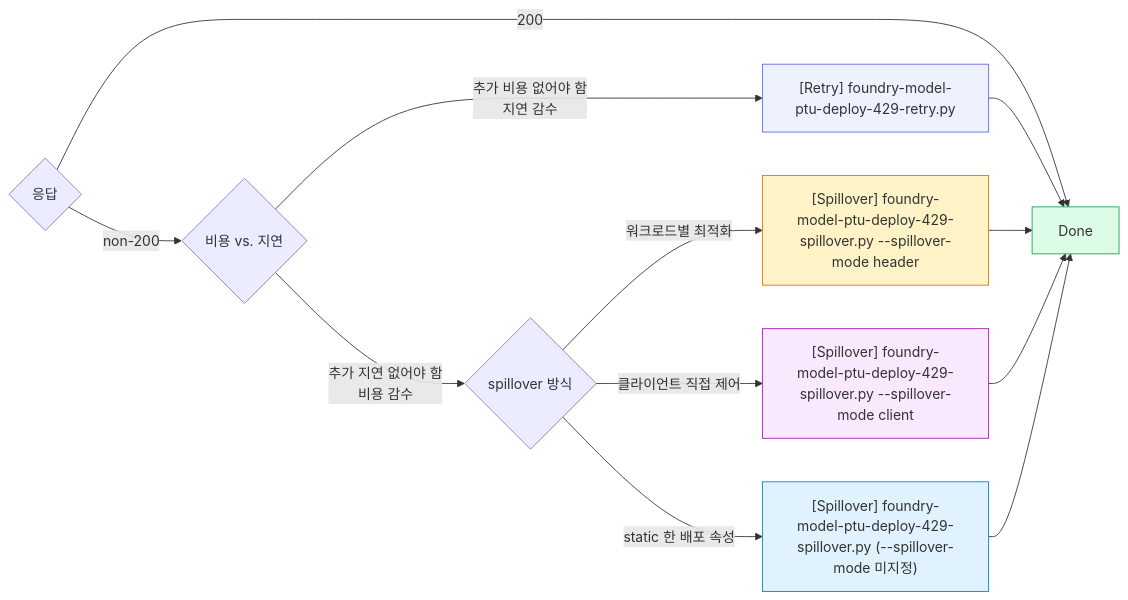
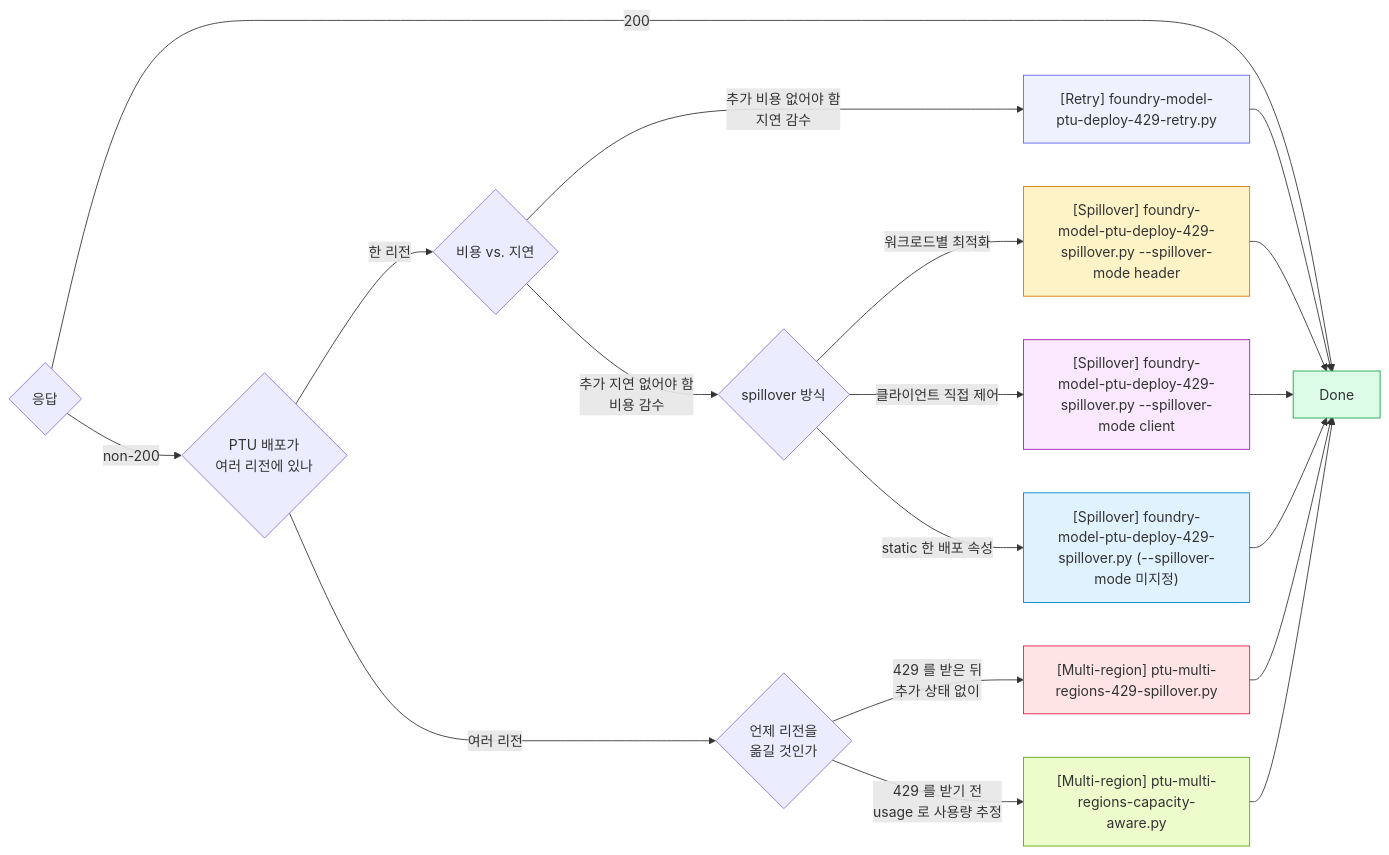
One commit to ivorycloud1013/lab-azure-guide-foundry-ptu changed the eighth of 8 diagrams in README.md. Above: the diagram before and after it, drawn with Mermaid. The commit also changed other lines of this file and 23 other files, not shown here.

First line of the commit message:
refactor: multi-region 을 experiments/route-strategies 로 옮기고 실행 기록을 남긴다

````diff
--- a/README.md
+++ b/README.md
@@ -436,24 +533,34 @@
 ```mermaid
 flowchart LR
     Code{"응답"}
     Code -->|"200"| Done["Done"]
-    Code -->|"non-200"| Trade{"비용 vs. 지연"}
+    Code -->|"non-200"| Where{"PTU 배포가<br/>여러 리전에 있나"}
+
+    Where -->|"한 리전"| Trade{"비용 vs. 지연"}
+    Where -->|"여러 리전"| When{"언제 리전을<br/>옮길 것인가"}
 
     Trade -->|"추가 비용 없어야 함<br/>지연 감수"| Retry["[Retry] foundry-model-ptu-deploy-429-retry.py"]
     Trade -->|"추가 지연 없어야 함<br/>비용 감수"| Spill{"spillover 방식"}
 
     Spill -->|"워크로드별 최적화"| Header["[Spillover] foundry-model-ptu-deploy-429-spillover.py --spillover-mode header"]
     Spill -->|"클라이언트 직접 제어"| Client["[Spillover] foundry-model-ptu-deploy-429-spillover.py --spillover-mode client"]
     Spill -->|"static 한 배포 속성"| Prop["[Spillover] foundry-model-ptu-deploy-429-spillover.py (--spillover-mode 미지정)"]
 
+    When -->|"429 를 받은 뒤<br/>추가 상태 없이"| Region429["[Multi-region] ptu-multi-regions-429-spillover.py"]
+    When -->|"429 를 받기 전<br/>usage 로 사용량 추정"| RegionCap["[Multi-region] ptu-multi-regions-capacity-aware.py"]
+
     Retry --> Done
     Header --> Done
     Client --> Done
     Prop --> Done
+    Region429 --> Done
+    RegionCap --> Done
 
     style Done fill:#dcfce7,stroke:#16a34a
     style Retry fill:#eef2ff,stroke:#6366f1
     style Header fill:#fef3c7,stroke:#d97706
     style Client fill:#fae8ff,stroke:#a21caf
     style Prop fill:#e0f2fe,stroke:#0284c7
+    style Region429 fill:#ffe4e6,stroke:#e11d48
+    style RegionCap fill:#ecfccb,stroke:#65a30d
 ```
````
